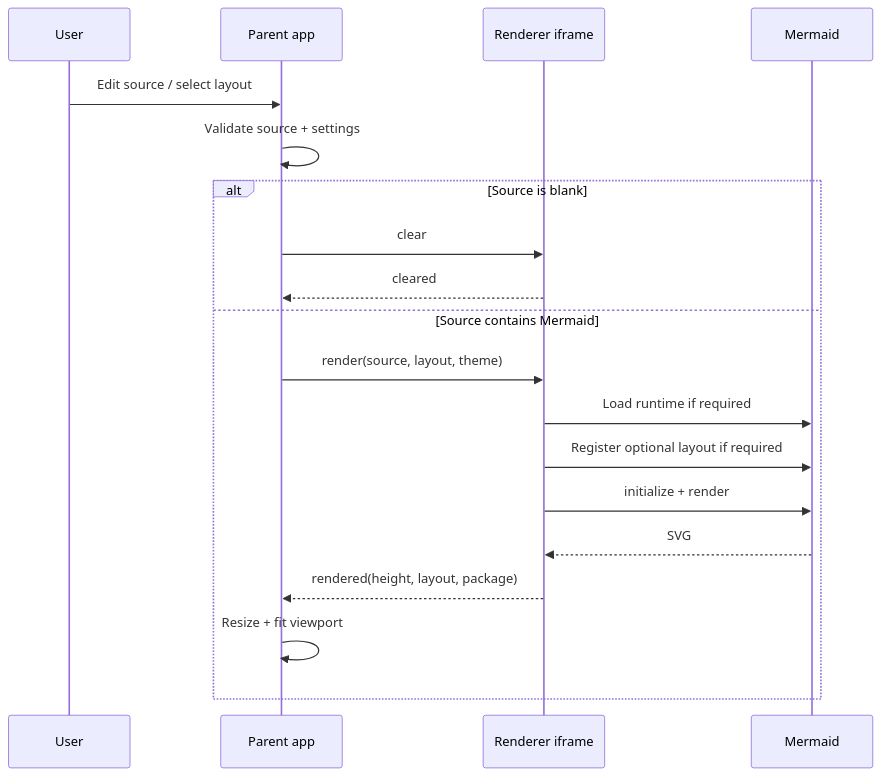
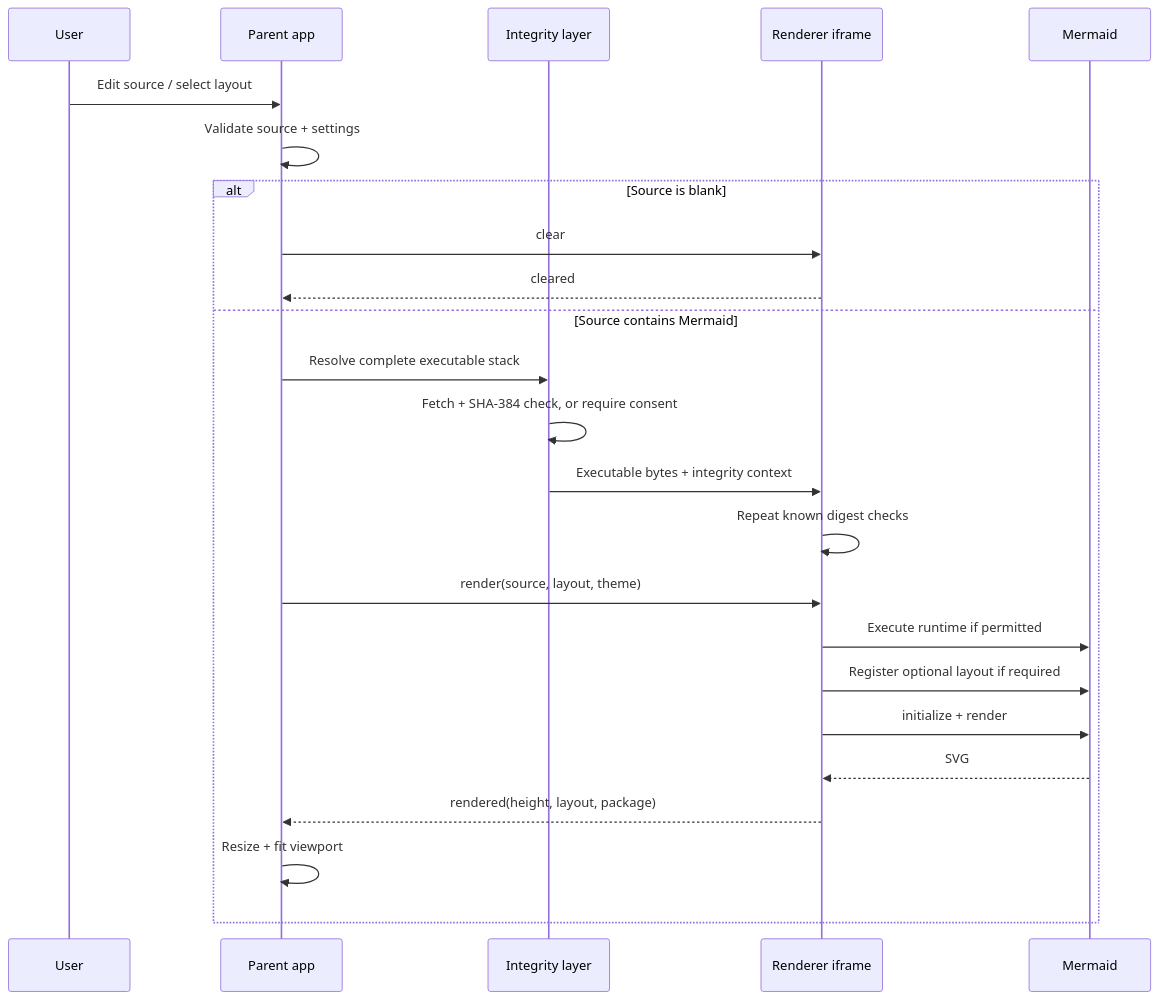
One commit to safesploitOrg/mermaid-viewer changed the second of 3 diagrams in ARCHITECTURE.md. Above: the diagram before and after it, drawn with Mermaid. The commit also changed other lines of this file and 24 other files, not shown here.

Commit message:
SRI Integrity Checks

````diff
--- a/ARCHITECTURE.md
+++ b/ARCHITECTURE.md
@@ -129,23 +133,28 @@
 ```mermaid
 sequenceDiagram
     participant U as User
     participant A as Parent app
+    participant I as Integrity layer
     participant F as Renderer iframe
     participant M as Mermaid
 
     U->>A: Edit source / select layout
     A->>A: Validate source + settings
 
     alt Source is blank
         A->>F: clear
         F-->>A: cleared
     else Source contains Mermaid
+        A->>I: Resolve complete executable stack
+        I->>I: Fetch + SHA-384 check, or require consent
+        I->>F: Executable bytes + integrity context
+        F->>F: Repeat known digest checks
         A->>F: render(source, layout, theme)
-        F->>M: Load runtime if required
+        F->>M: Execute runtime if permitted
         F->>M: Register optional layout if required
         F->>M: initialize + render
         M-->>F: SVG
         F-->>A: rendered(height, layout, package)
         A->>A: Resize + fit viewport
     end
 ```
````
